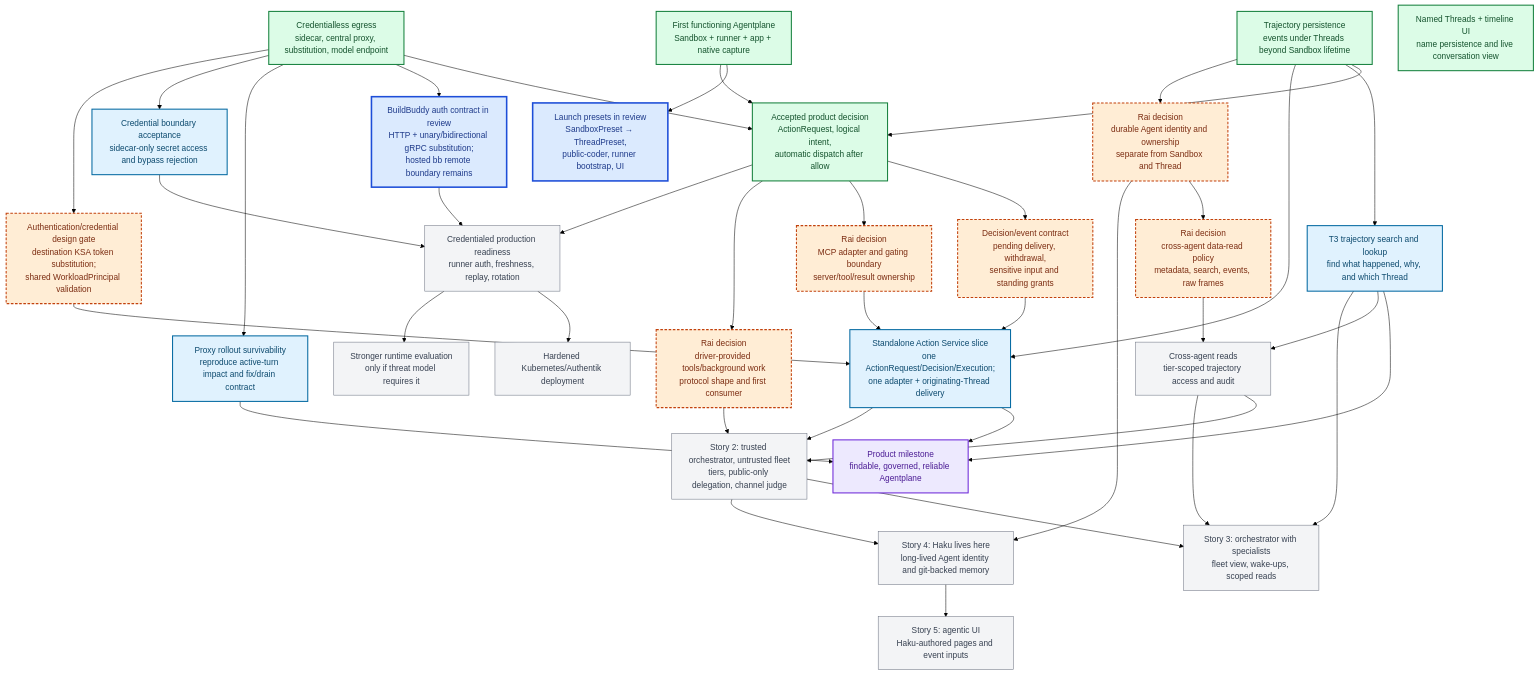
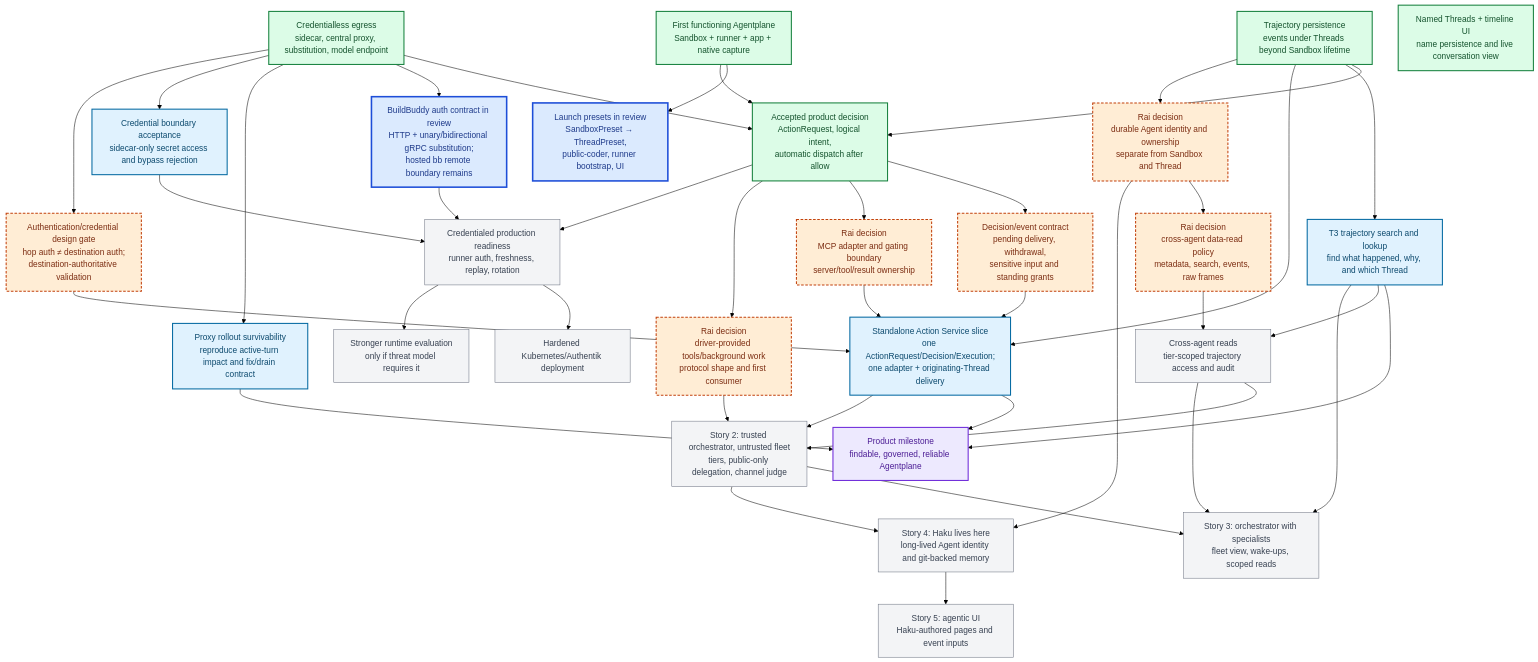
One commit to agentydragon/ducktape changed the diagram in x/agentplane/plans/task_dag.md. Above: the diagram before and after it, drawn with Mermaid (forest theme). The commit also changed other lines of this file and 2 other files, not shown here.

Commit message:
docs(agentplane): separate hop and destination auth

````diff
--- a/x/agentplane/plans/task_dag.md
+++ b/x/agentplane/plans/task_dag.md
@@ -60,79 +60,79 @@
 ```mermaid
 flowchart TB
     classDef completed fill:#dcfce7,stroke:#15803d,color:#14532d,stroke-width:2px
     classDef active fill:#dbeafe,stroke:#1d4ed8,color:#1e3a8a,stroke-width:3px
     classDef ready fill:#e0f2fe,stroke:#0369a1,color:#0c4a6e,stroke-width:2px
     classDef milestone fill:#ede9fe,stroke:#6d28d9,color:#4c1d95,stroke-width:2px
     classDef decision fill:#ffedd5,stroke:#c2410c,color:#7c2d12,stroke-width:2px,stroke-dasharray:5 3
     classDef future fill:#f3f4f6,stroke:#6b7280,color:#374151
 
     F0["First functioning Agentplane<br/>Sandbox + runner + app + native capture"]:::completed
     J["Credentialless egress<br/>sidecar, central proxy, substitution, model endpoint"]:::completed
     T1["Trajectory persistence<br/>events under Threads beyond Sandbox lifetime"]:::completed
     T2["Named Threads + timeline UI<br/>name persistence and live conversation view"]:::completed
 
     LP["Launch presets in review<br/>SandboxPreset → ThreadPreset,<br/>public-coder, runner bootstrap, UI"]:::active
     BB["BuildBuddy auth contract in review<br/>HTTP + unary/bidirectional gRPC substitution;<br/>hosted bb remote boundary remains"]:::active
 
     OPD["Accepted product decision<br/>ActionRequest, logical intent,<br/>automatic dispatch after allow"]:::completed
     OPS["Decision/event contract<br/>pending delivery, withdrawal,<br/>sensitive input and standing grants"]:::decision
     MCPD["Rai decision<br/>MCP adapter and gating boundary<br/>server/tool/result ownership"]:::decision
-    AUTH["Authentication/credential design gate<br/>destination KSA token substitution;<br/>shared WorkloadPrincipal validation"]:::decision
+    AUTH["Authentication/credential design gate<br/>hop auth ≠ destination auth;<br/>destination-authoritative validation"]:::decision
     OPI["Standalone Action Service slice<br/>one ActionRequest/Decision/Execution;<br/>one adapter + originating-Thread delivery"]:::ready
 
     T3["T3 trajectory search and lookup<br/>find what happened, why, and which Thread"]:::ready
     PR["Proxy rollout survivability<br/>reproduce active-turn impact and fix/drain contract"]:::ready
     SEC["Credential boundary acceptance<br/>sidecar-only secret access and bypass rejection"]:::ready
 
     AGD["Rai decision<br/>durable Agent identity and ownership<br/>separate from Sandbox and Thread"]:::decision
     DATAD["Rai decision<br/>cross-agent data-read policy<br/>metadata, search, events, raw frames"]:::decision
     XREAD["Cross-agent reads<br/>tier-scoped trajectory access and audit"]:::future
 
     DT["Rai decision<br/>driver-provided tools/background work<br/>protocol shape and first consumer"]:::decision
     N["Story 2: trusted orchestrator, untrusted fleet<br/>tiers, public-only delegation, channel judge"]:::future
     O["Story 3: orchestrator with specialists<br/>fleet view, wake-ups, scoped reads"]:::future
     HK["Story 4: Haku lives here<br/>long-lived Agent identity and git-backed memory"]:::future
     UI["Story 5: agentic UI<br/>Haku-authored pages and event inputs"]:::future
     L["Credentialed production readiness<br/>runner auth, freshness, replay, rotation"]:::future
     V["Stronger runtime evaluation<br/>only if threat model requires it"]:::future
     W["Hardened Kubernetes/Authentik deployment"]:::future
     F["Product milestone<br/>findable, governed, reliable Agentplane"]:::milestone
 
     F0 --> LP
     F0 --> OPD
     J --> OPD
     J --> BB
     T1 --> OPD
     T1 --> T3
     J --> PR
     J --> SEC
     OPD --> OPS
     OPD --> MCPD
     OPS --> OPI
     MCPD --> OPI
     J --> AUTH
     AUTH --> OPI
     T1 --> OPI
     T3 --> F
     OPI --> F
     PR --> F
     SEC --> L
     BB --> L
     OPD --> DT
     T1 --> AGD
     AGD --> DATAD
     T3 --> XREAD
     DATAD --> XREAD
     OPI --> N
     XREAD --> N
     DT --> N
     N --> O
     XREAD --> O
     T3 --> O
     N --> HK
     AGD --> HK
     HK --> UI
     L --> W
     OPD --> L
     L --> V
 ```
````
